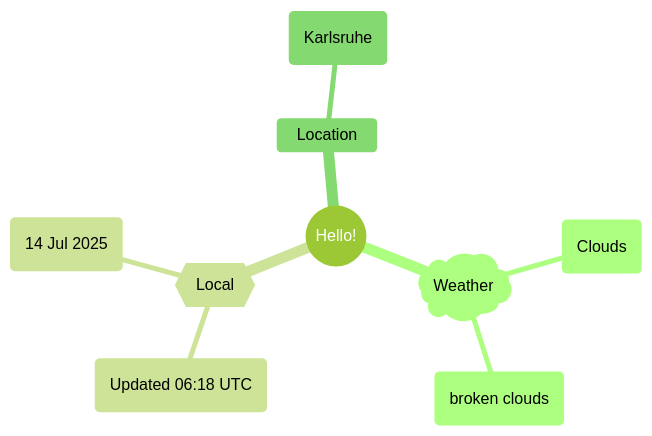
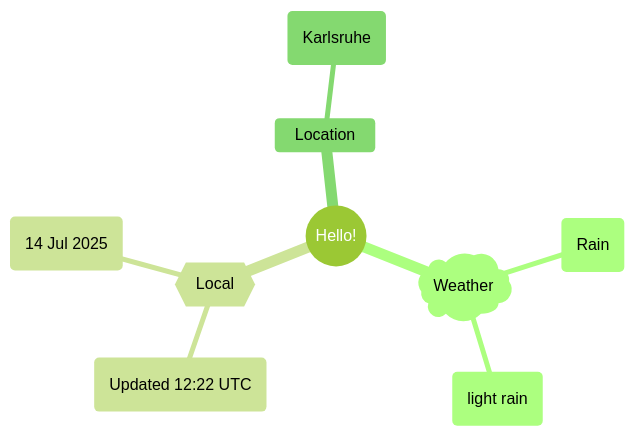
Before and after one commit to Xosrov/Xosrov: the first of 2 diagrams in README.md, drawn with Mermaid (forest theme).

Commit message:
[bot] updated images

````diff
--- a/README.md
+++ b/README.md
@@ -3,12 +3,12 @@
 ```mermaid
 mindmap
   root((Hello!))
     )Weather(
-        (Clouds)
-        (broken clouds)
+        (Rain)
+        (light rain)
     {{Local}}
-        (Updated 06:18 UTC)
+        (Updated 12:22 UTC)
         (14 Jul 2025)
     Location
         (Karlsruhe)
 ```
````
